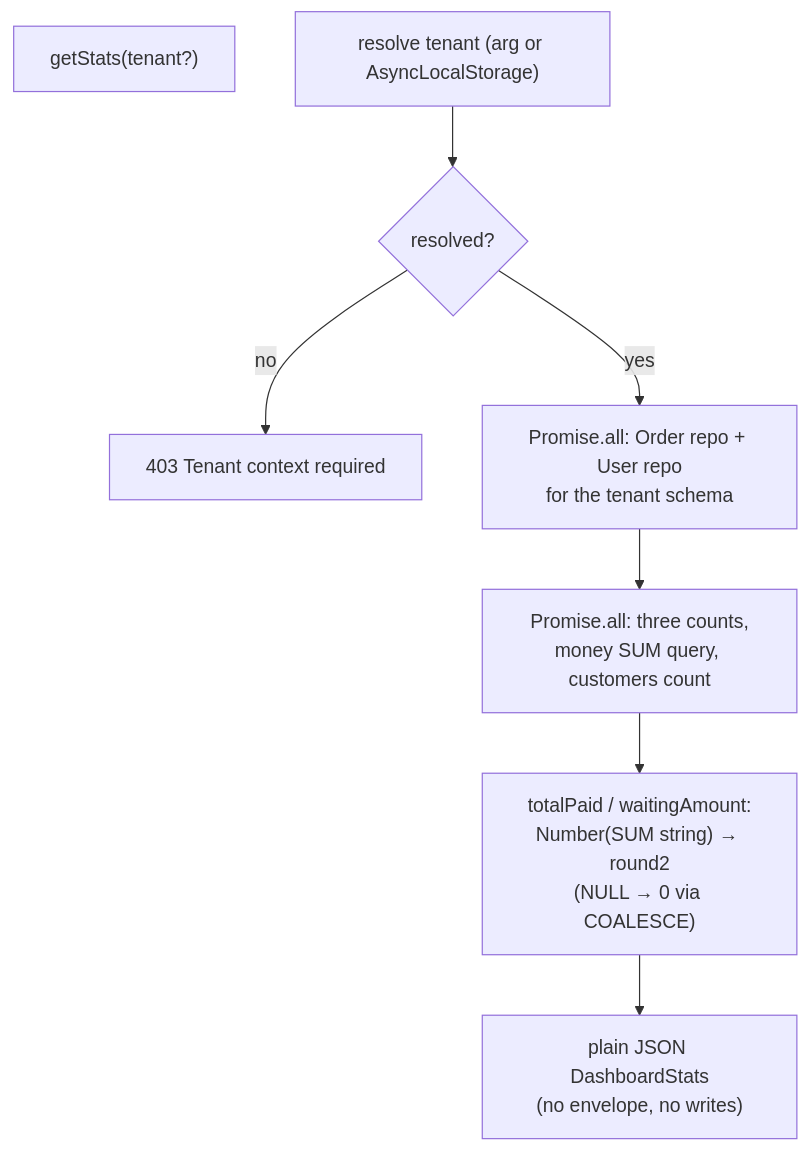
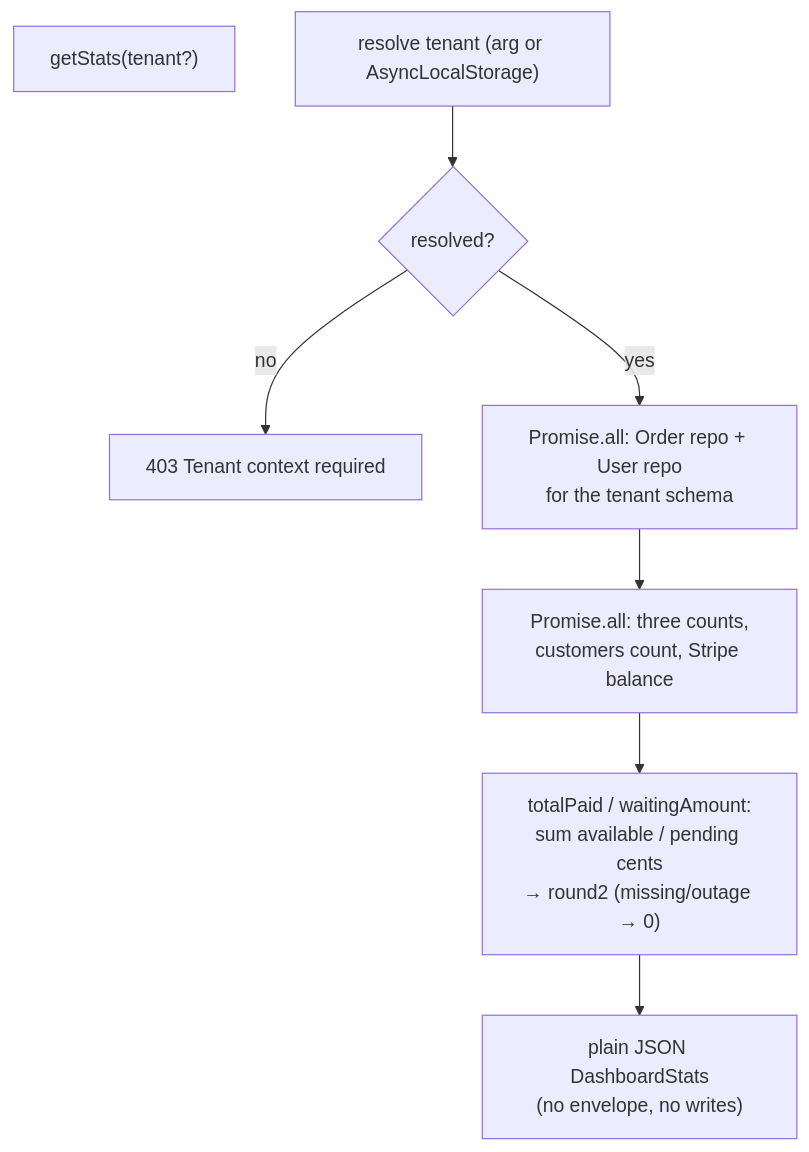
Before and after one commit to DevBassel/saas_commerce: the second of 2 diagrams in apps/api/src/modules/dashboard/workflow.md, drawn with Mermaid. The commit also changed other lines of this file and 18 other files, not shown here.

````diff
--- a/apps/api/src/modules/dashboard/workflow.md
+++ b/apps/api/src/modules/dashboard/workflow.md
@@ -28,10 +28,10 @@
 ```mermaid
 flowchart TD
     GS["getStats(tenant?)"]
         G0["resolve tenant (arg or AsyncLocalStorage)"] --> G1{"resolved?"}
         G1 -->|"no"| G1E["403 Tenant context required"]
         G1 -->|"yes"| G2["Promise.all: Order repo + User repo<br/>for the tenant schema"]
-        G2 --> G3["Promise.all: three counts,<br/>money SUM query, customers count"]
-        G3 --> G4["totalPaid / waitingAmount:<br/>Number(SUM string) → round2<br/>(NULL → 0 via COALESCE)"]
+        G2 --> G3["Promise.all: three counts,<br/>customers count, Stripe balance"]
+        G3 --> G4["totalPaid / waitingAmount:<br/>sum available / pending cents<br/>→ round2 (missing/outage → 0)"]
         G4 --> G5["plain JSON DashboardStats<br/>(no envelope, no writes)"]
 ```
````
